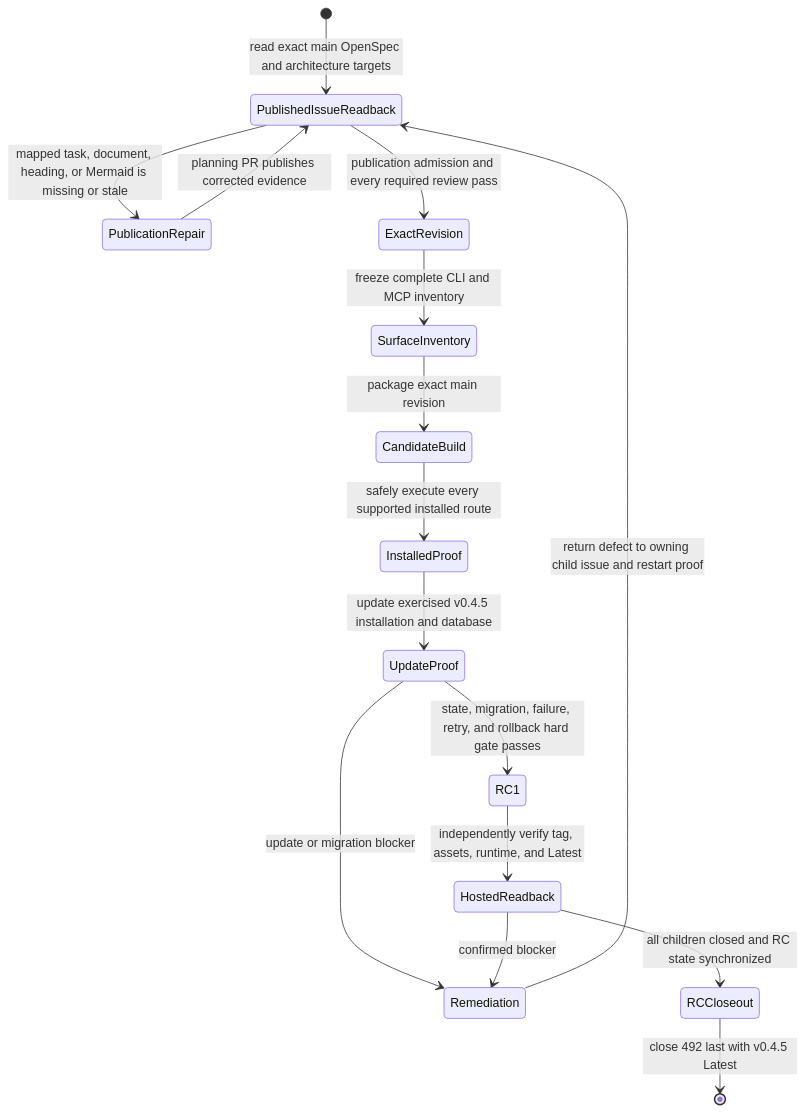
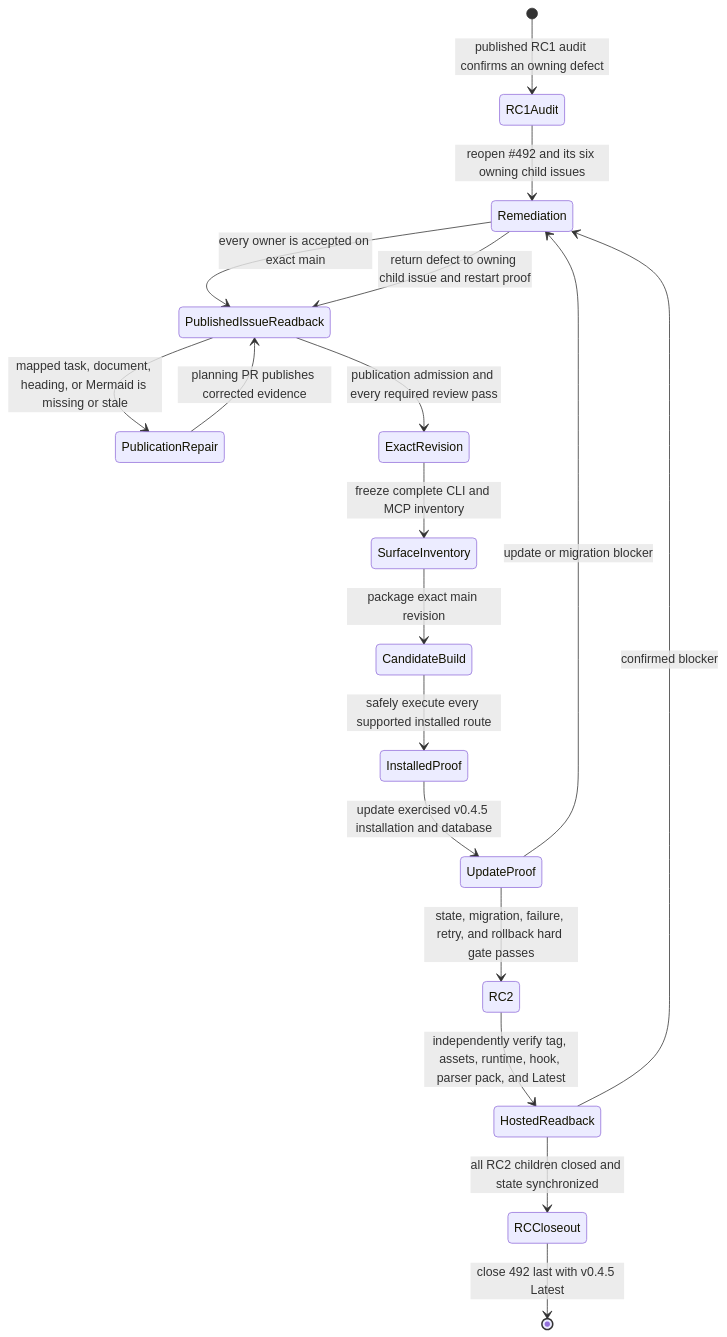
One commit to styler-ai/ProjectAtlas changed diagram 28 of 29 in docs/v050-release-architecture.md. Above: the diagram before and after it, drawn with Mermaid. The commit also changed other lines of this file and 10 other files, not shown here.

````diff
--- a/docs/v050-release-architecture.md
+++ b/docs/v050-release-architecture.md
@@ -620,18 +620,20 @@
 ```mermaid
 stateDiagram-v2
-  [*] --> PublishedIssueReadback: read exact main OpenSpec and architecture targets
+  [*] --> RC1Audit: published RC1 audit confirms an owning defect
+  RC1Audit --> Remediation: reopen #492 and its six owning child issues
+  Remediation --> PublishedIssueReadback: every owner is accepted on exact main
   PublishedIssueReadback --> PublicationRepair: mapped task, document, heading, or Mermaid is missing or stale
   PublicationRepair --> PublishedIssueReadback: planning PR publishes corrected evidence
   PublishedIssueReadback --> ExactRevision: publication admission and every required review pass
   ExactRevision --> SurfaceInventory: freeze complete CLI and MCP inventory
   SurfaceInventory --> CandidateBuild: package exact main revision
   CandidateBuild --> InstalledProof: safely execute every supported installed route
   InstalledProof --> UpdateProof: update exercised v0.4.5 installation and database
-  UpdateProof --> RC1: state, migration, failure, retry, and rollback hard gate passes
+  UpdateProof --> RC2: state, migration, failure, retry, and rollback hard gate passes
   UpdateProof --> Remediation: update or migration blocker
-  RC1 --> HostedReadback: independently verify tag, assets, runtime, and Latest
+  RC2 --> HostedReadback: independently verify tag, assets, runtime, hook, parser pack, and Latest
   HostedReadback --> Remediation: confirmed blocker
   Remediation --> PublishedIssueReadback: return defect to owning child issue and restart proof
-  HostedReadback --> RCCloseout: all children closed and RC state synchronized
+  HostedReadback --> RCCloseout: all RC2 children closed and state synchronized
   RCCloseout --> [*]: close 492 last with v0.4.5 Latest
 ```
````
